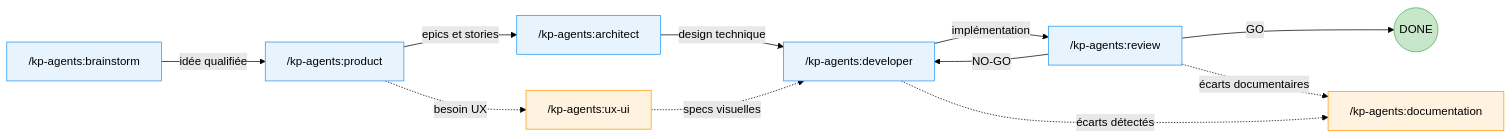
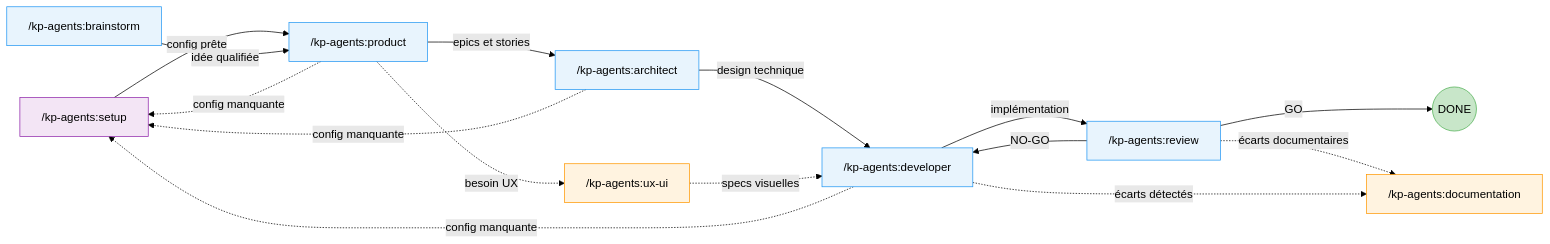
The first of 9 diagrams in docs/agents.md (KeyProd/kp-agents), drawn with Mermaid (forest theme) before and after one commit. The commit also changed other lines of this file and 12 other files, not shown here.

````diff
--- a/docs/agents.md
+++ b/docs/agents.md
@@ -25,33 +25,39 @@
 ```mermaid
 flowchart LR
+    S["/kp-agents:setup"]
     B["/kp-agents:brainstorm"]
     P["/kp-agents:product"]
     A["/kp-agents:architect"]
     D["/kp-agents:developer"]
     R["/kp-agents:review"]
     UX["/kp-agents:ux-ui"]
     DOC["/kp-agents:documentation"]
     FIN((DONE))
 
+    S -->|config prête| P
     B -->|idée qualifiée| P
     P -->|epics et stories| A
     A -->|design technique| D
     D -->|implémentation| R
     R -->|GO| FIN
 
     R -->|NO-GO| D
 
     P -.->|besoin UX| UX
     UX -.->|specs visuelles| D
     R -.->|écarts documentaires| DOC
     D -.->|écarts détectés| DOC
+    P -.->|config manquante| S
+    A -.->|config manquante| S
+    D -.->|config manquante| S
 
+    style S fill:#f3e5f5,stroke:#8E24AA
     style B fill:#e8f4fd,stroke:#2196F3
     style P fill:#e8f4fd,stroke:#2196F3
     style A fill:#e8f4fd,stroke:#2196F3
     style D fill:#e8f4fd,stroke:#2196F3
     style R fill:#e8f4fd,stroke:#2196F3
     style UX fill:#fff3e0,stroke:#FF9800
     style DOC fill:#fff3e0,stroke:#FF9800
     style FIN fill:#c8e6c9,stroke:#4CAF50
 ```
````
